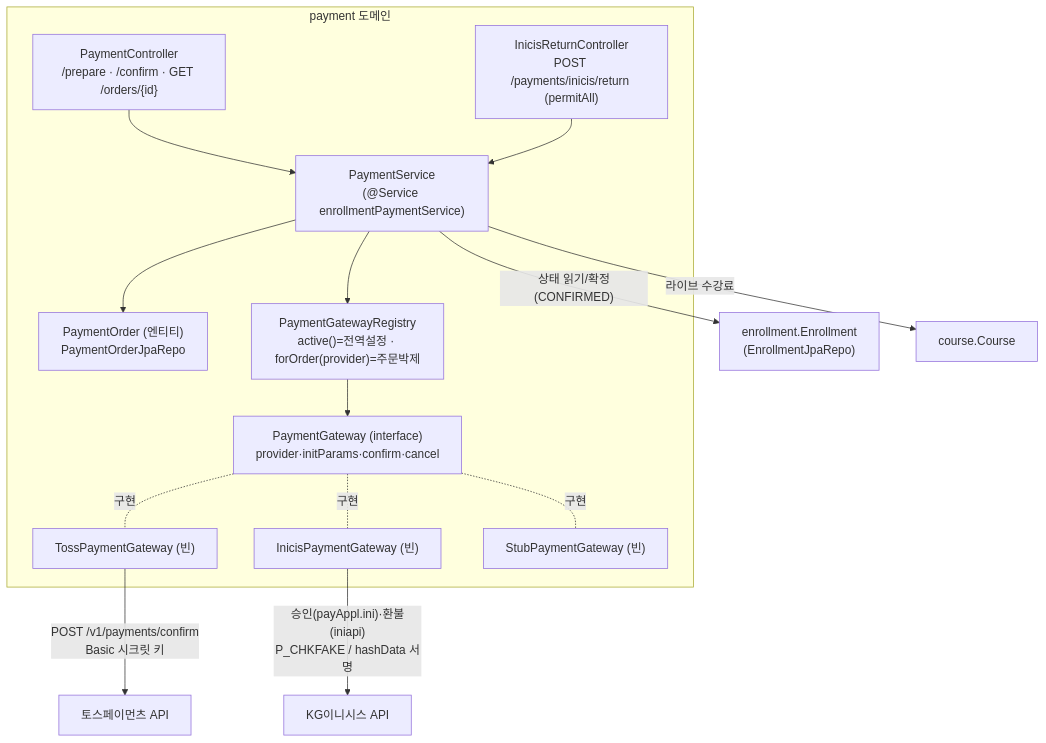
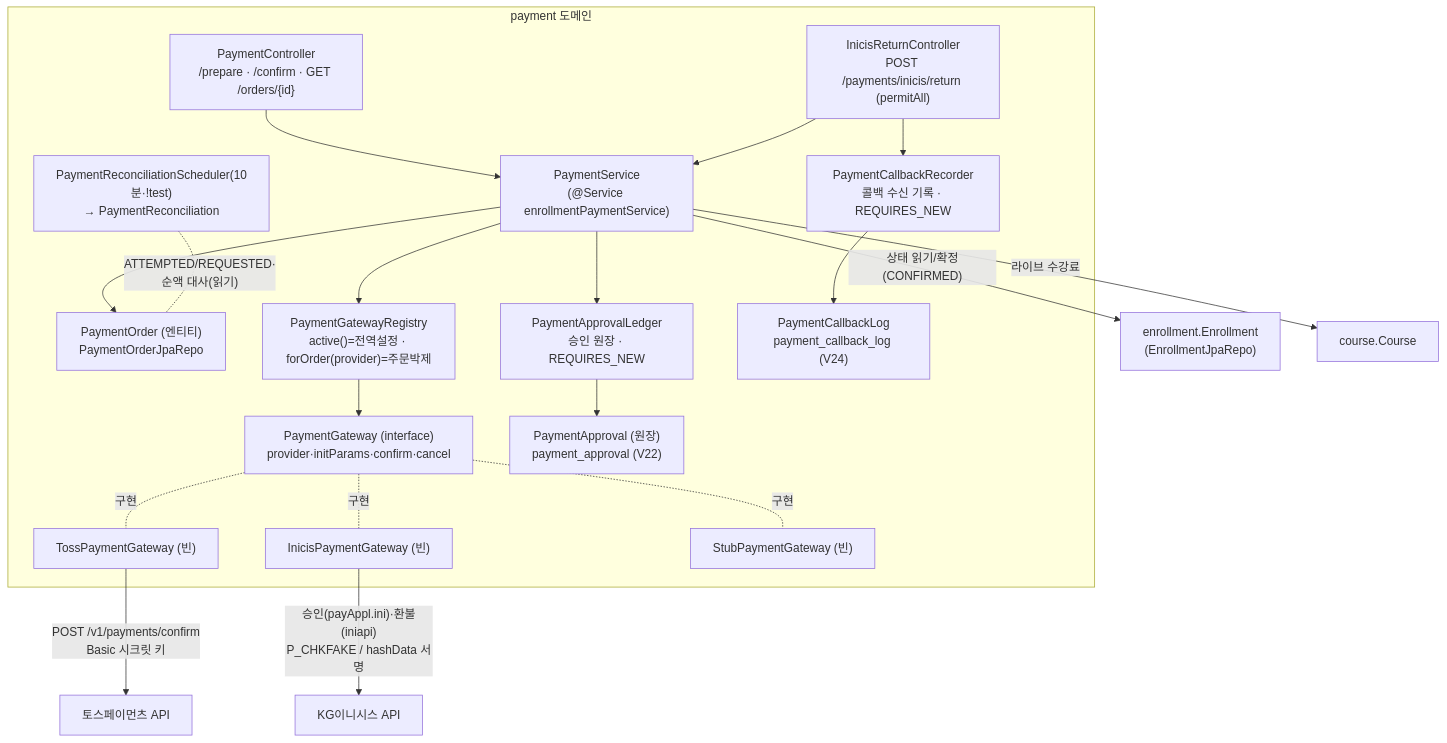
Before and after one commit to pungdong/Pungdong-Backend: the first of 3 diagrams in docs/architecture/payment.md, drawn with Mermaid. The commit also changed other lines of this file and 1 other file, not shown here.

````diff
--- a/docs/architecture/payment.md
+++ b/docs/architecture/payment.md
@@ -11,26 +11,36 @@
 ```mermaid
 flowchart TB
     subgraph payment["payment 도메인"]
         Ctl["PaymentController<br/>/prepare · /confirm · GET /orders/{id}"]
         InicisRet["InicisReturnController<br/>POST /payments/inicis/return (permitAll)"]
         Svc["PaymentService<br/>(@Service enrollmentPaymentService)"]
         Order["PaymentOrder (엔티티)<br/>PaymentOrderJpaRepo"]
         Reg["PaymentGatewayRegistry<br/>active()=전역설정 · forOrder(provider)=주문박제"]
         Client["PaymentGateway (interface)<br/>provider·initParams·confirm·cancel"]
         Toss1["TossPaymentGateway (빈)"]
         Inicis["InicisPaymentGateway (빈)"]
         Stub["StubPaymentGateway (빈)"]
+        ApprLedger["PaymentApprovalLedger<br/>승인 원장 · REQUIRES_NEW"]
+        Appr["PaymentApproval (원장)<br/>payment_approval (V22)"]
+        CbRec["PaymentCallbackRecorder<br/>콜백 수신 기록 · REQUIRES_NEW"]
+        CbLog["PaymentCallbackLog<br/>payment_callback_log (V24)"]
+        Recon["PaymentReconciliationScheduler(10분·!test)<br/>→ PaymentReconciliation"]
     end
     Ctl --> Svc
     InicisRet --> Svc
+    InicisRet --> CbRec
+    CbRec --> CbLog
     Svc --> Order
     Svc --> Reg
+    Svc --> ApprLedger
+    ApprLedger --> Appr
+    Recon -. "ATTEMPTED/REQUESTED·순액 대사(읽기)" .- Order
     Reg --> Client
     Client -. 구현 .- Toss1
     Client -. 구현 .- Inicis
     Client -. 구현 .- Stub
     Svc -- "상태 읽기/확정(CONFIRMED)" --> Enr["enrollment.Enrollment<br/>(EnrollmentJpaRepo)"]
     Svc -- "라이브 수강료" --> Course["course.Course"]
     Toss1 -- "POST /v1/payments/confirm<br/>Basic 시크릿 키" --> TossApi["토스페이먼츠 API"]
     Inicis -- "승인(payAppl.ini)·환불(iniapi)<br/>P_CHKFAKE / hashData 서명" --> InicisApi["KG이니시스 API"]
 ```
````
